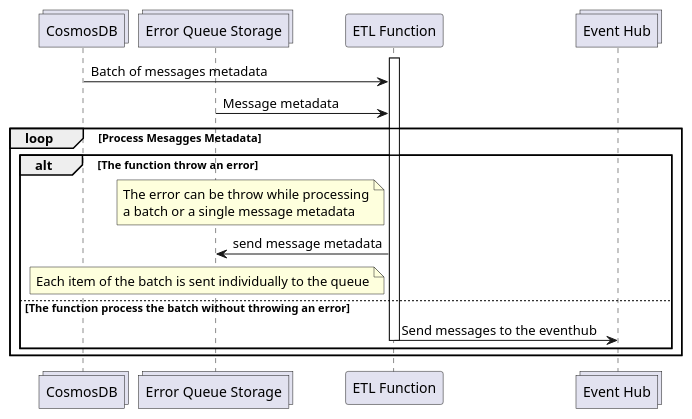
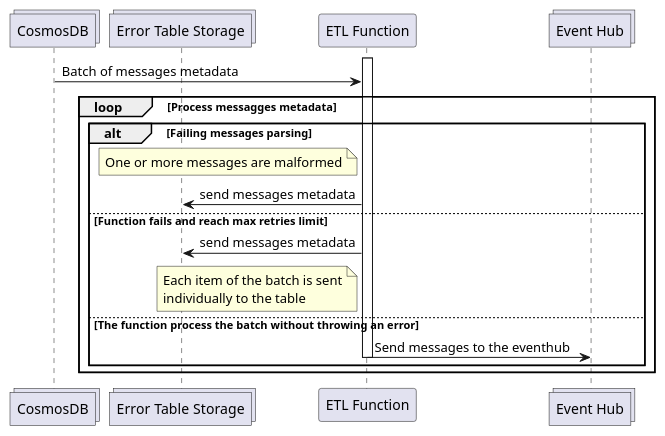
Before and after one commit to pagopa/io-messages: the diagram in apps/etl-func/docs/messages-ingestion/messages-ingestion-error-handling.puml, drawn with PlantUML. The commit also changed 1 other file, not shown here.

Commit message:
updating sequence diagram

```diff
--- a/apps/etl-func/docs/messages-ingestion/messages-ingestion-error-handling.puml
+++ b/apps/etl-func/docs/messages-ingestion/messages-ingestion-error-handling.puml
@@ -1,31 +1,29 @@
 @startuml messages-ingestion-error-handling
 collections "CosmosDB" as CosmosDB
-collections "Error Queue Storage" as ErrorQueueStorage
+collections "Error Table Storage" as ErrorTableStorage
 participant "ETL Function" as etlFunc
 collections "Event Hub" as EventHub
 
 activate etlFunc
 CosmosDB -> etlFunc: Batch of messages metadata
-' note left of etlFunc
-'     A batch of is sent to the ETL function
-' end note
-ErrorQueueStorage -> etlFunc: Message metadata
 
 
-loop Process Mesagges Metadata
-  alt The function throw an error
+loop Process messagges metadata
+  alt Failing messages parsing
     note left of etlFunc
-     The error can be throw while processing
-     a batch or a single message metadata
+      One or more messages are malformed
     end note
-    etlFunc -> ErrorQueueStorage: send message metadata
+    etlFunc -> ErrorTableStorage: send messages metadata
+  else Function fails and reach max retries limit
+    etlFunc -> ErrorTableStorage: send messages metadata
     note left of etlFunc
-        Each item of the batch is sent individually to the queue
+        Each item of the batch is sent
+        individually to the table
     end note
   else The function process the batch without throwing an error
     etlFunc -> EventHub: Send messages to the eventhub
     deactivate etlFunc
   end
 end
 
 @enduml
```
